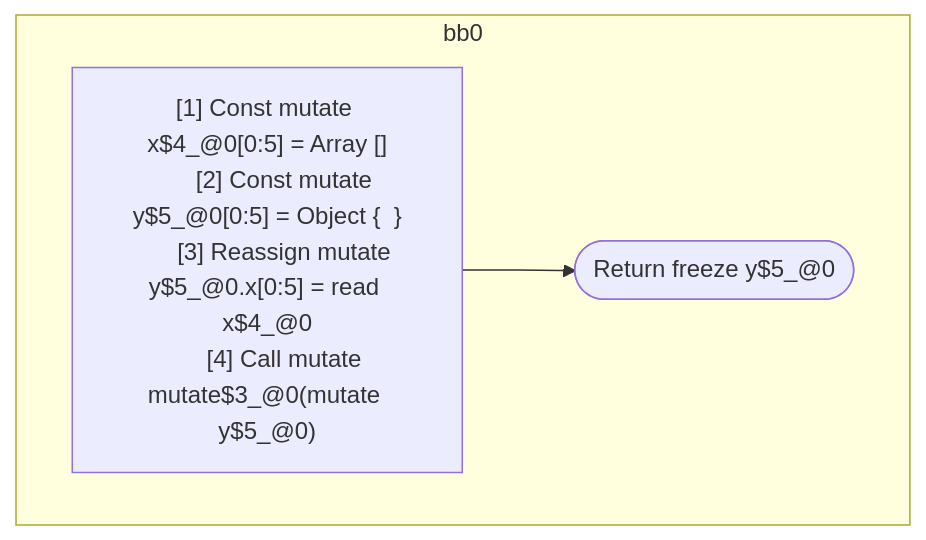
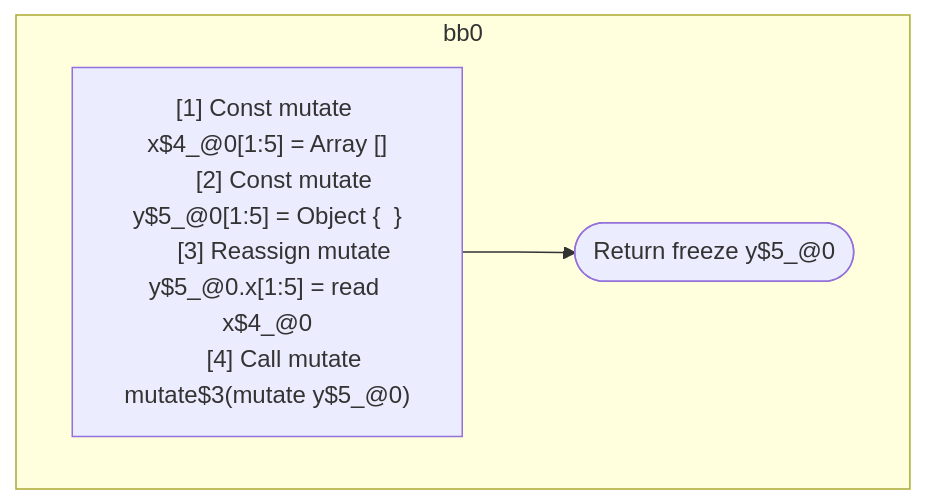
The diagram in compiler/forget/src/__tests__/fixtures/hir/ssa-property-mutate.expect.md (wutsmog/private), drawn with Mermaid before and after one commit. The commit also changed other lines of this file and 100 other files, not shown here.

````diff
--- a/compiler/forget/src/__tests__/fixtures/hir/ssa-property-mutate.expect.md
+++ b/compiler/forget/src/__tests__/fixtures/hir/ssa-property-mutate.expect.md
@@ -29,16 +45,16 @@
 ```mermaid
 flowchart TB
   %% Basic Blocks
   subgraph bb0
     bb0_instrs["
-      [1] Const mutate x$4_@0[0:5] = Array []
-      [2] Const mutate y$5_@0[0:5] = Object {  }
-      [3] Reassign mutate y$5_@0.x[0:5] = read x$4_@0
-      [4] Call mutate mutate$3_@0(mutate y$5_@0)
+      [1] Const mutate x$4_@0[1:5] = Array []
+      [2] Const mutate y$5_@0[1:5] = Object {  }
+      [3] Reassign mutate y$5_@0.x[1:5] = read x$4_@0
+      [4] Call mutate mutate$3(mutate y$5_@0)
     "]
     bb0_instrs --> bb0_terminal(["Return freeze y$5_@0"])
   end
 
   %% Jumps
   %% empty
 ```
````
